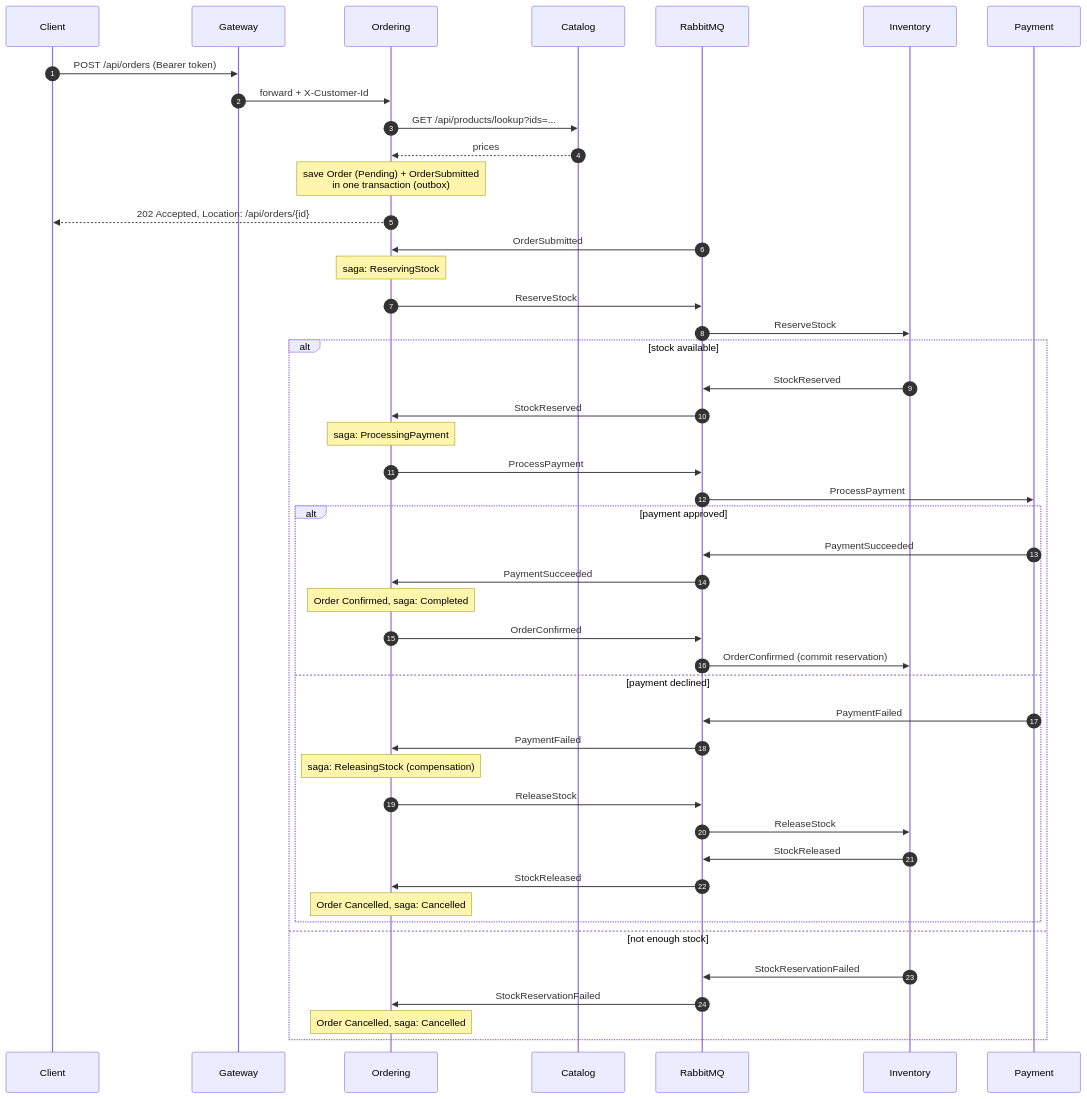
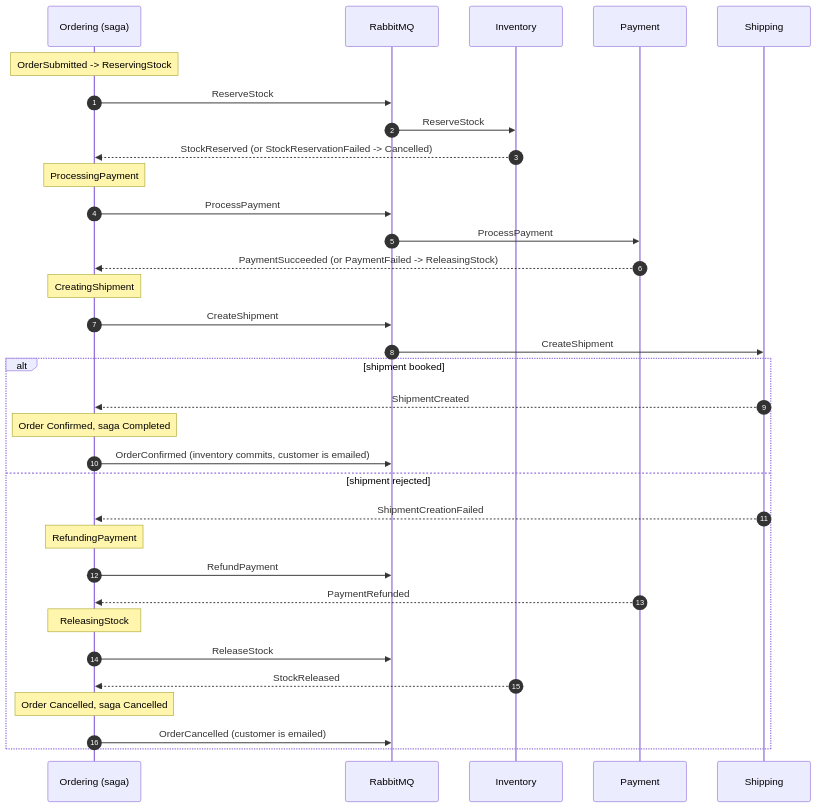
The second of 2 diagrams in README.md (jay3490/ecommerce-microservices-k8s), drawn with Mermaid before and after one commit. The commit also changed other lines of this file and 1 other file, not shown here.

First line of the commit message:
docs: describe the ten services, saga timeouts and deployment options

````diff
--- a/README.md
+++ b/README.md
@@ -64,50 +73,36 @@
 ```mermaid
 sequenceDiagram
     autonumber
-    participant C as Client
-    participant G as Gateway
-    participant O as Ordering
-    participant CA as Catalog
+    participant O as Ordering (saga)
     participant MQ as RabbitMQ
     participant I as Inventory
     participant P as Payment
+    participant S as Shipping
 
-    C->>G: POST /api/orders (Bearer token)
-    G->>O: forward + X-Customer-Id
-    O->>CA: GET /api/products/lookup?ids=...
-    CA-->>O: prices
-    Note over O: save Order (Pending) + OrderSubmitted<br/>in one transaction (outbox)
-    O-->>C: 202 Accepted, Location: /api/orders/{id}
-
-    MQ->>O: OrderSubmitted
-    Note over O: saga: ReservingStock
+    Note over O: OrderSubmitted -> ReservingStock
     O->>MQ: ReserveStock
     MQ->>I: ReserveStock
-    alt stock available
-        I->>MQ: StockReserved
-        MQ->>O: StockReserved
-        Note over O: saga: ProcessingPayment
-        O->>MQ: ProcessPayment
-        MQ->>P: ProcessPayment
-        alt payment approved
-            P->>MQ: PaymentSucceeded
-            MQ->>O: PaymentSucceeded
-            Note over O: Order Confirmed, saga: Completed
-            O->>MQ: OrderConfirmed
-            MQ->>I: OrderConfirmed (commit reservation)
-        else payment declined
-            P->>MQ: PaymentFailed
-            MQ->>O: PaymentFailed
-            Note over O: saga: ReleasingStock (compensation)
-            O->>MQ: ReleaseStock
-            MQ->>I: ReleaseStock
-            I->>MQ: StockReleased
-            MQ->>O: StockReleased
-            Note over O: Order Cancelled, saga: Cancelled
-        end
-    else not enough stock
-        I->>MQ: StockReservationFailed
-        MQ->>O: StockReservationFailed
-        Note over O: Order Cancelled, saga: Cancelled
+    I-->>O: StockReserved (or StockReservationFailed -> Cancelled)
+    Note over O: ProcessingPayment
+    O->>MQ: ProcessPayment
+    MQ->>P: ProcessPayment
+    P-->>O: PaymentSucceeded (or PaymentFailed -> ReleasingStock)
+    Note over O: CreatingShipment
+    O->>MQ: CreateShipment
+    MQ->>S: CreateShipment
+    alt shipment booked
+        S-->>O: ShipmentCreated
+        Note over O: Order Confirmed, saga Completed
+        O->>MQ: OrderConfirmed (inventory commits, customer is emailed)
+    else shipment rejected
+        S-->>O: ShipmentCreationFailed
+        Note over O: RefundingPayment
+        O->>MQ: RefundPayment
+        P-->>O: PaymentRefunded
+        Note over O: ReleasingStock
+        O->>MQ: ReleaseStock
+        I-->>O: StockReleased
+        Note over O: Order Cancelled, saga Cancelled
+        O->>MQ: OrderCancelled (customer is emailed)
     end
 ```
````
